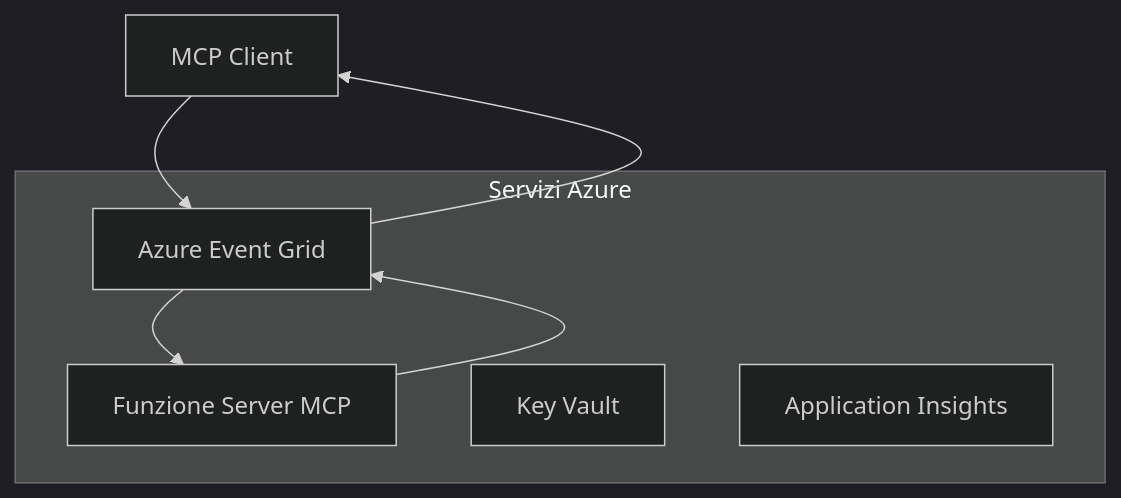
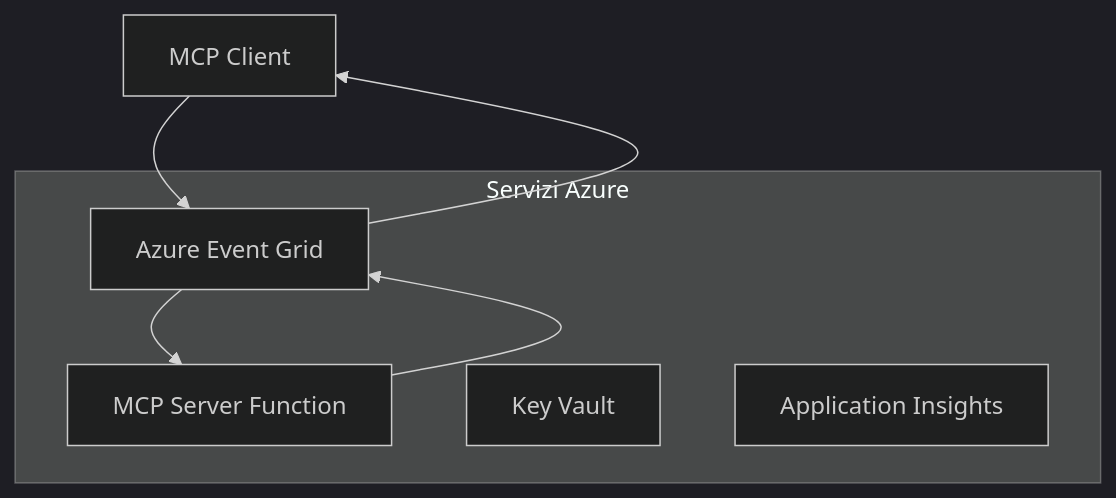
Before and after one commit to HIDORAKAI002/ai-workspace-archive: the first of 2 diagrams in mcp_ecosystem__model_context_protocol/mcp_learning_resources/mcp-for-beginners/translations/it/05-AdvancedTopics/mcp-transport/README.md, drawn with Mermaid (dark theme). The commit also changed other lines of this file and 1539 other files, not shown here.

````diff
--- a/mcp_ecosystem__model_context_protocol/mcp_learning_resources/mcp-for-beginners/translations/it/05-AdvancedTopics/mcp-transport/README.md
+++ b/mcp_ecosystem__model_context_protocol/mcp_learning_resources/mcp-for-beginners/translations/it/05-AdvancedTopics/mcp-transport/README.md
@@ -58,14 +58,14 @@
 ```mermaid
 graph TB
     Client[MCP Client] --> EG[Azure Event Grid]
-    EG --> Server[Funzione Server MCP]
+    EG --> Server[MCP Server Function]
     Server --> EG
     EG --> Client
     
     subgraph "Servizi Azure"
         EG
         Server
         KV[Key Vault]
         Monitor[Application Insights]
     end
 ```
````
